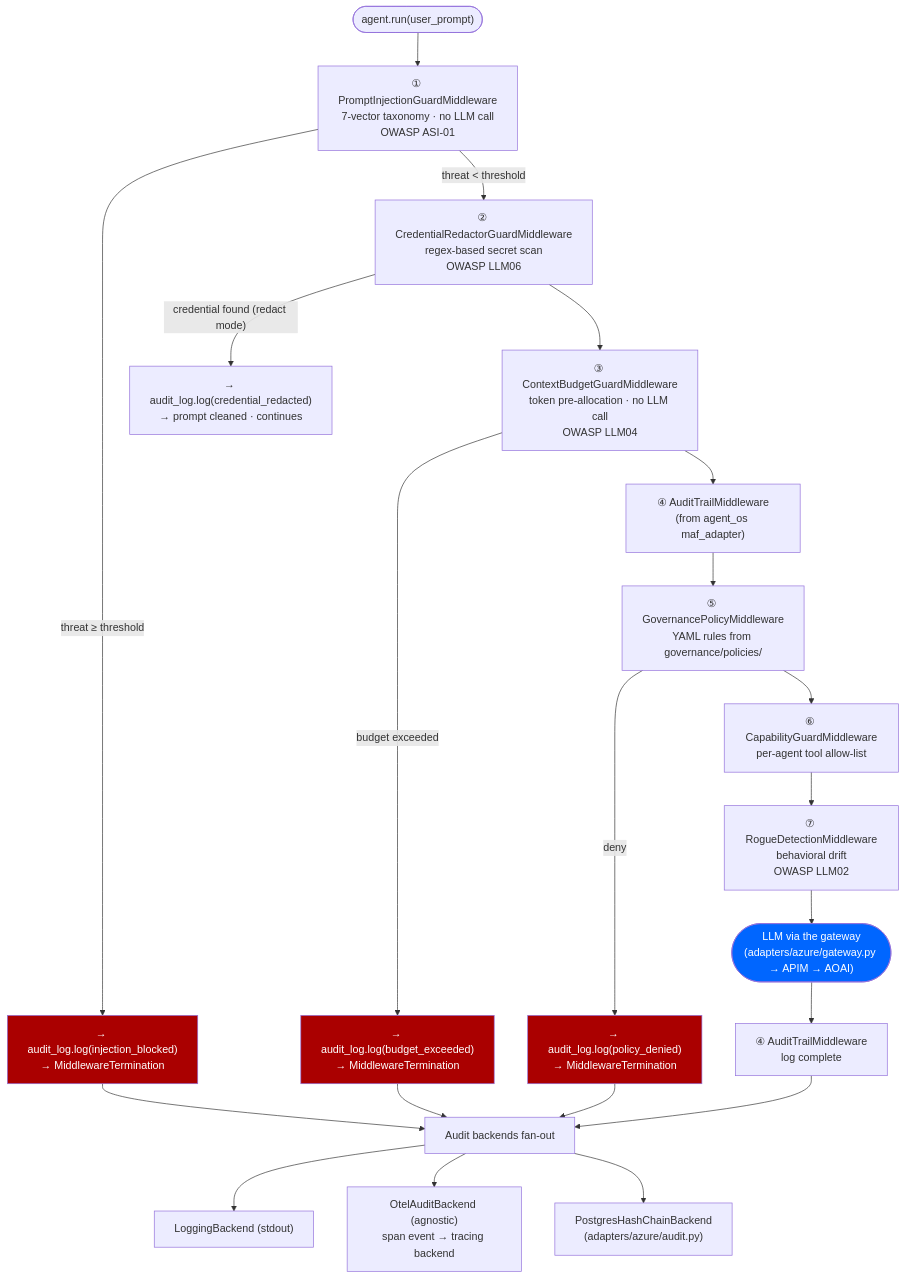
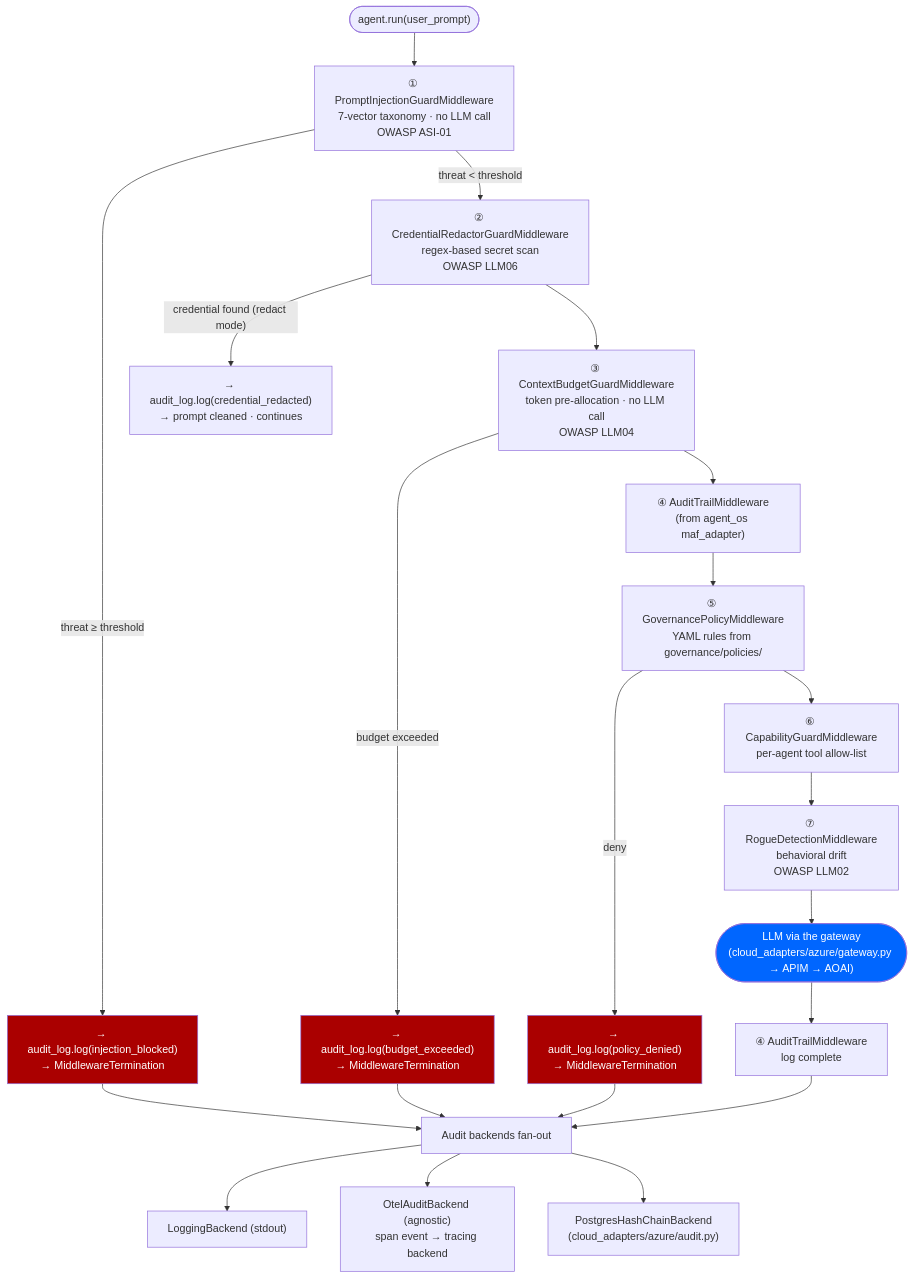
Before and after one commit to rlpatrao/agent-gov-sec: the third of 9 diagrams in docs/architecture.md, drawn with Mermaid. The commit also changed other lines of this file and 116 other files, not shown here.

First line of the commit message:
refactor: split adapters/ into cloud_adapters/ and agent_framework_adapters/ (#33)

````diff
--- a/docs/architecture.md
+++ b/docs/architecture.md
@@ -184,47 +187,47 @@
 ```mermaid
 flowchart TD
   Start(["agent.run(user_prompt)"]) --> PI
 
   PI["① PromptInjectionGuardMiddleware\n7-vector taxonomy · no LLM call\nOWASP ASI-01"]
   PI -->|"threat ≥ threshold"| Block1["→ audit_log.log(injection_blocked)\n→ MiddlewareTermination"]
   PI -->|"threat < threshold"| CR
 
   CR["② CredentialRedactorGuardMiddleware\nregex-based secret scan\nOWASP LLM06"]
   CR -->|"credential found (redact mode)"| Redact["→ audit_log.log(credential_redacted)\n→ prompt cleaned · continues"]
   CR --> CB
 
   CB["③ ContextBudgetGuardMiddleware\ntoken pre-allocation · no LLM call\nOWASP LLM04"]
   CB -->|"budget exceeded"| Block2["→ audit_log.log(budget_exceeded)\n→ MiddlewareTermination"]
   CB --> AT
 
   AT["④ AuditTrailMiddleware\n(from agent_os maf_adapter)"]
   AT --> GP
 
   GP["⑤ GovernancePolicyMiddleware\nYAML rules from governance/policies/"]
   GP -->|"deny"| Block3["→ audit_log.log(policy_denied)\n→ MiddlewareTermination"]
   GP --> Cap
 
   Cap["⑥ CapabilityGuardMiddleware\nper-agent tool allow-list"]
   Cap --> RD
 
   RD["⑦ RogueDetectionMiddleware\nbehavioral drift\nOWASP LLM02"]
   RD --> LLM
 
-  LLM(["LLM via the gateway\n(adapters/azure/gateway.py → APIM → AOAI)"])
+  LLM(["LLM via the gateway\n(cloud_adapters/azure/gateway.py → APIM → AOAI)"])
 
   LLM --> AT_out["④ AuditTrailMiddleware\nlog complete"]
   AT_out --> Sinks
   Block1 --> Sinks
   Block2 --> Sinks
   Block3 --> Sinks
 
   Sinks["Audit backends fan-out"]
   Sinks --> Log["LoggingBackend (stdout)"]
   Sinks --> Otel["OtelAuditBackend (agnostic)\nspan event → tracing backend"]
-  Sinks --> PG["PostgresHashChainBackend\n(adapters/azure/audit.py)"]
+  Sinks --> PG["PostgresHashChainBackend\n(cloud_adapters/azure/audit.py)"]
 
   classDef block fill:#a00,color:#fff
   classDef azure fill:#06f,color:#fff
   class Block1,Block2,Block3 block
   class LLM azure
 ```
````
